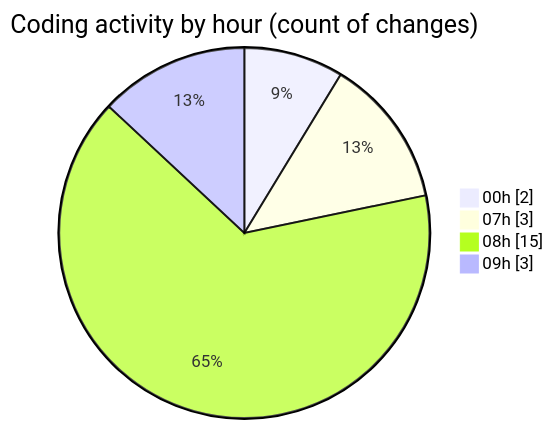
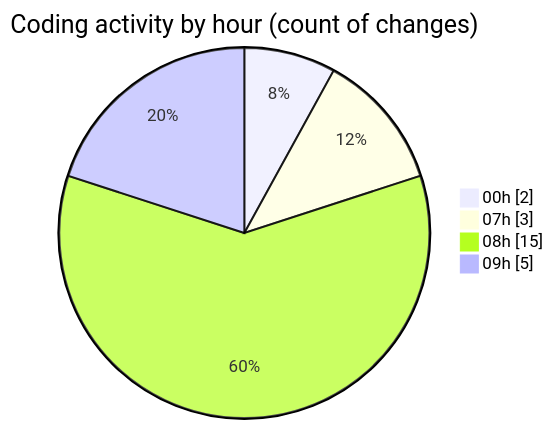
Before and after one commit to donsfak/code-tracking: the second of 2 diagrams in 2025-02-10/maps_clone/README.md, drawn with Mermaid. The commit also changed other lines of this file and 1 other file, not shown here.

````diff
--- a/2025-02-10/maps_clone/README.md
+++ b/2025-02-10/maps_clone/README.md
@@ -34,8 +34,8 @@
 ```mermaid
 pie showData
 title Coding activity by hour (count of changes)
 "00h" : 2
 "07h" : 3
 "08h" : 15
-"09h" : 3
+"09h" : 5
 ```
````
